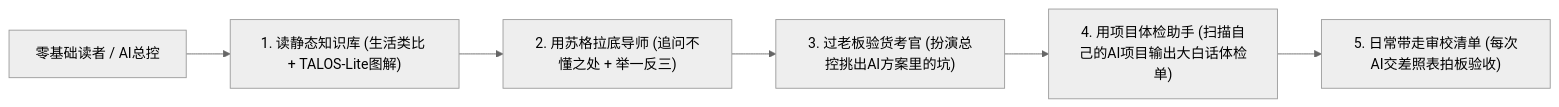
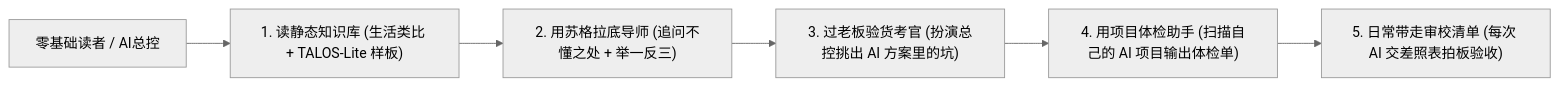
One commit to Hanhan758/arch-pilot changed the diagram in SPEC.md. Above: the diagram before and after it, drawn with Mermaid (neutral theme). The commit also changed other lines of this file and 41 other files, not shown here.

````diff
--- a/SPEC.md
+++ b/SPEC.md
@@ -33,8 +33,8 @@
 ```mermaid
 flowchart LR
-    U["零基础读者 / AI总控"] --> DOC["1. 读静态知识库 (生活类比 + TALOS-Lite图解)"]
+    U["零基础读者 / AI总控"] --> DOC["1. 读静态知识库 (生活类比 + TALOS-Lite 样板)"]
     DOC --> TUTOR["2. 用苏格拉底导师 (追问不懂之处 + 举一反三)"]
-    TUTOR --> EXAM["3. 过老板验货考官 (扮演总控挑出AI方案里的坑)"]
-    EXAM --> AUDIT["4. 用项目体检助手 (扫描自己的AI项目输出大白话体检单)"]
-    AUDIT --> CHECK["5. 日常带走审校清单 (每次AI交差照表拍板验收)"]
+    TUTOR --> EXAM["3. 过老板验货考官 (扮演总控挑出 AI 方案里的坑)"]
+    EXAM --> AUDIT["4. 用项目体检助手 (扫描自己的 AI 项目输出体检单)"]
+    AUDIT --> CHECK["5. 日常带走审校清单 (每次 AI 交差照表拍板验收)"]
 ```
````
